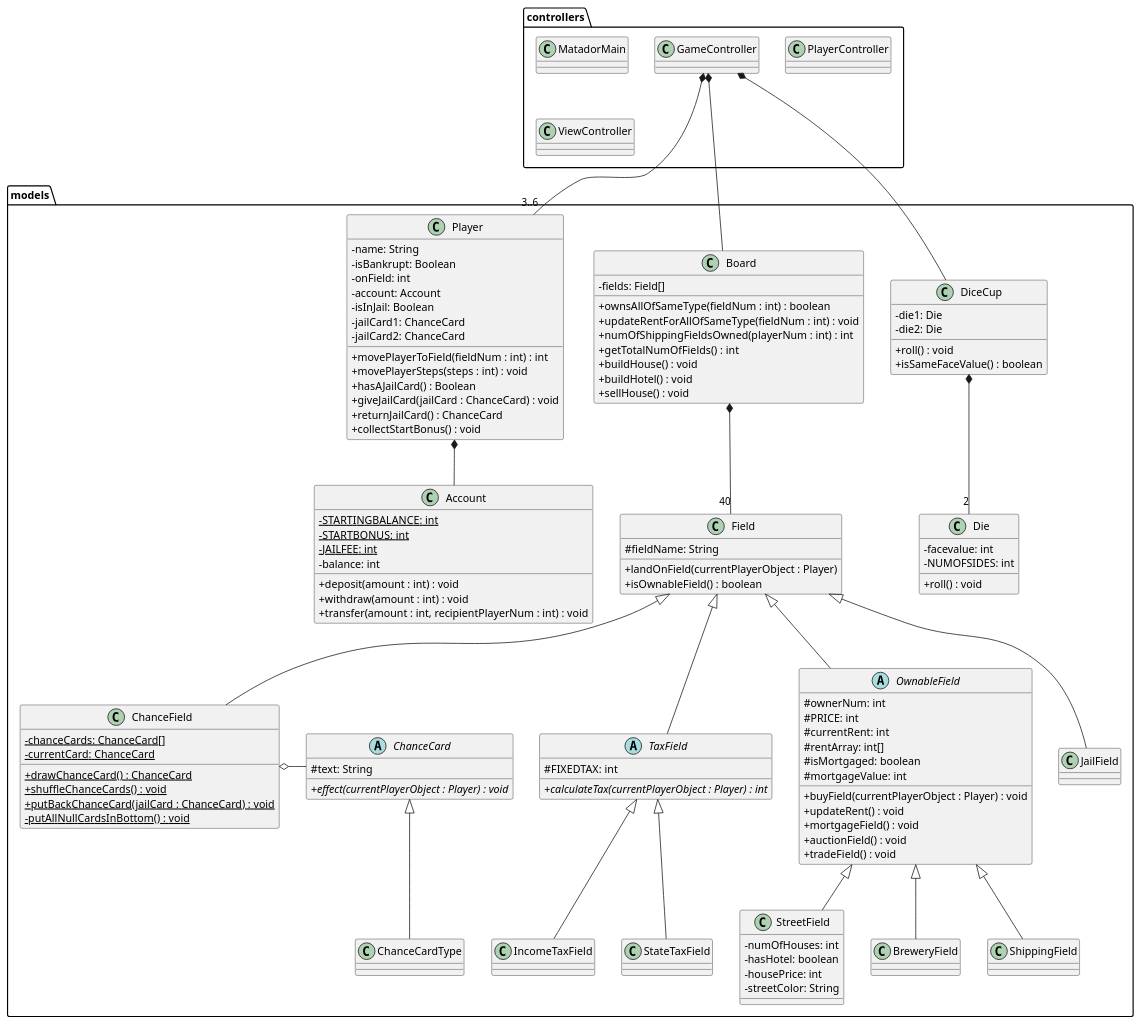
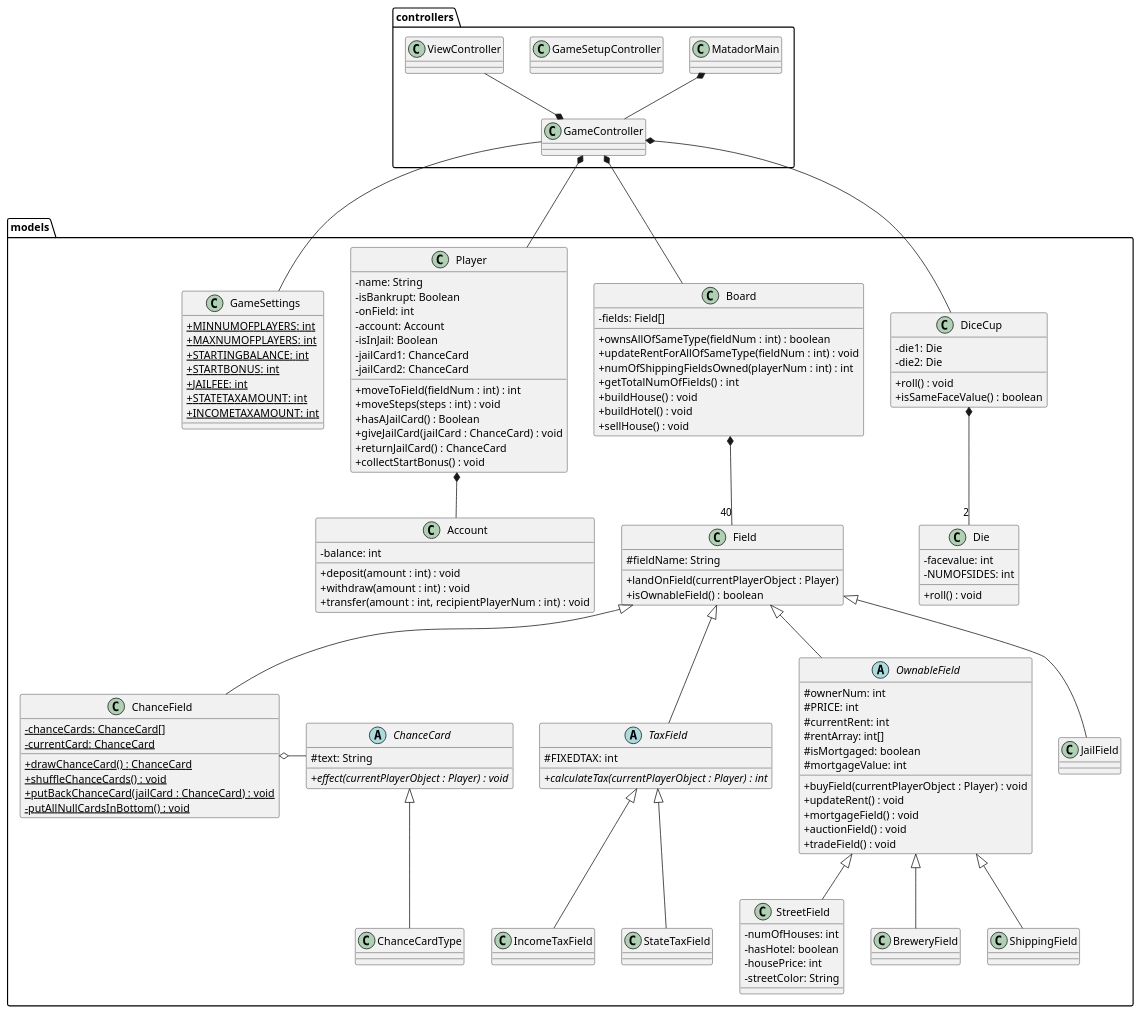
The diagram in 18_final/UML/DesignClassDiagram.puml (GabeKierk889/gruppe-18), drawn with PlantUML before and after one commit.

Commit message:
updated DCD

```diff
--- a/18_final/UML/DesignClassDiagram.puml
+++ b/18_final/UML/DesignClassDiagram.puml
@@ -1,178 +1,188 @@
 @startuml
 'https://plantuml.com/class-diagram
 skinparam classAttributeIconSize 0
 package controllers {
 
 class MatadorMain {
 
 }
 
 class GameController {
 
 }
 
-class PlayerController {
+class GameSetupController {
 
 }
 
 class ViewController {
 
 }
 
 }
 
 package models {
 
+class GameSettings {
+    {static}+MINNUMOFPLAYERS: int
+    {static}+MAXNUMOFPLAYERS: int
+    {static}+STARTINGBALANCE: int
+    {static}+STARTBONUS: int
+    {static}+JAILFEE: int
+    {static}+STATETAXAMOUNT: int
+    {static}+INCOMETAXAMOUNT: int
+}
+
 class Player {
     -name: String
     -isBankrupt: Boolean
     -onField: int
     -account: Account
     -isInJail: Boolean
     -jailCard1: ChanceCard
     -jailCard2: ChanceCard
 
-    +movePlayerToField(fieldNum : int) : int
-    +movePlayerSteps(steps : int) : void
+    +moveToField(fieldNum : int) : int
+    +moveSteps(steps : int) : void
     +hasAJailCard() : Boolean
     +giveJailCard(jailCard : ChanceCard) : void
     +returnJailCard() : ChanceCard
     +collectStartBonus() : void
 }
 
 class Board {
     -fields: Field[]
 
     +ownsAllOfSameType(fieldNum : int) : boolean
     +updateRentForAllOfSameType(fieldNum : int) : void
     +numOfShippingFieldsOwned(playerNum : int) : int
     +getTotalNumOfFields() : int
     +buildHouse() : void
     +buildHotel() : void
     +sellHouse() : void
 }
 
 class Field {
     #fieldName: String
 
     +landOnField(currentPlayerObject : Player)
     +isOwnableField() : boolean
 }
 
 class Account {
-    {static} -STARTINGBALANCE: int
-    {static} -STARTBONUS: int
-    {static} -JAILFEE: int
     -balance: int
 
     +deposit(amount : int) : void
     +withdraw(amount : int) : void
     +transfer(amount : int, recipientPlayerNum : int) : void
 }
 
 class DiceCup {
     -die1: Die
     -die2: Die
 
     +roll() : void
     +isSameFaceValue() : boolean
 }
 
 class Die {
     -facevalue: int
     -NUMOFSIDES: int
 
     +roll() : void
 }
 
 class ChanceCardType {
 
 }
 
 abstract class ChanceCard {
     #text: String
 
     {abstract}+effect(currentPlayerObject : Player) : void
 }
 
 abstract class OwnableField {
         #ownerNum: int
         #PRICE: int
         #currentRent: int
         #rentArray: int[]
         #isMortgaged: boolean
         #mortgageValue: int
 
         +buyField(currentPlayerObject : Player) : void
         +updateRent() : void
         +mortgageField() : void
         +auctionField() : void
         +tradeField() : void
 }
 
 class StreetField {
     -numOfHouses: int
     -hasHotel: boolean
     -housePrice: int
     -streetColor: String
 
 }
 
 class BreweryField {
 
 }
 
 class ShippingField {
 
 }
 
 class ChanceField {
     {static}-chanceCards: ChanceCard[]
     {static}-currentCard: ChanceCard
 
     {static}+drawChanceCard() : ChanceCard
     {static}+shuffleChanceCards() : void
     {static}+putBackChanceCard(jailCard : ChanceCard) : void
     {static}-putAllNullCardsInBottom() : void
 }
 
 class JailField {
 
 }
 
 abstract class TaxField {
     #FIXEDTAX: int
 
     {abstract}+calculateTax(currentPlayerObject : Player) : int
 }
 
 class StateTaxField {
 
 }
 
 class IncomeTaxField {
 
 }
 
 }
 
+MatadorMain *-- GameController
+ViewController --* GameController
+GameController - GameSettings
 GameController *--- Board
 GameController *--- DiceCup
-GameController *--- "3..6" Player
+GameController *--- Player
 Player *-- Account
 Board *-- "40" Field
 OwnableField <|-- StreetField
 Field <|-- ChanceField
 Field <|-- JailField
 ChanceField o- ChanceCard
 ChanceCard <|-- ChanceCardType
 DiceCup *-- "2" Die
 Field <|-- OwnableField
 OwnableField <|-- BreweryField
 OwnableField <|-- ShippingField
 Field <|-- TaxField
 TaxField <|-- StateTaxField
 TaxField <|-- IncomeTaxField
 
 
 @enduml
```
